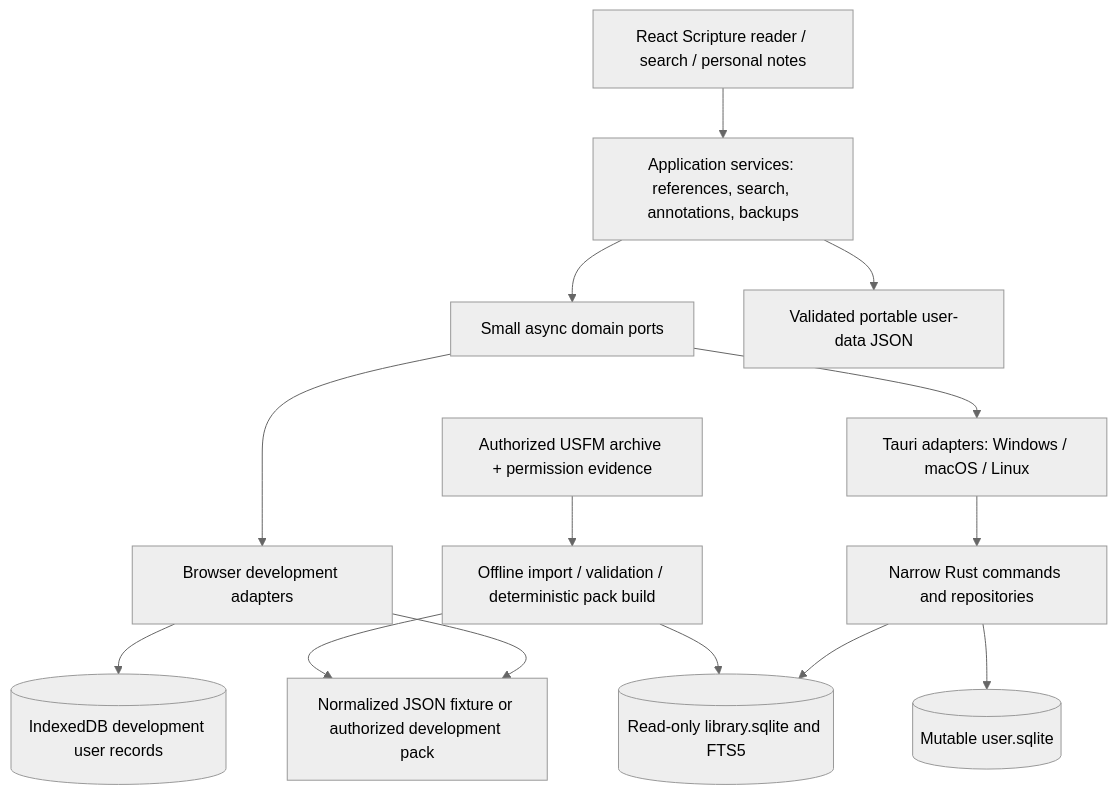
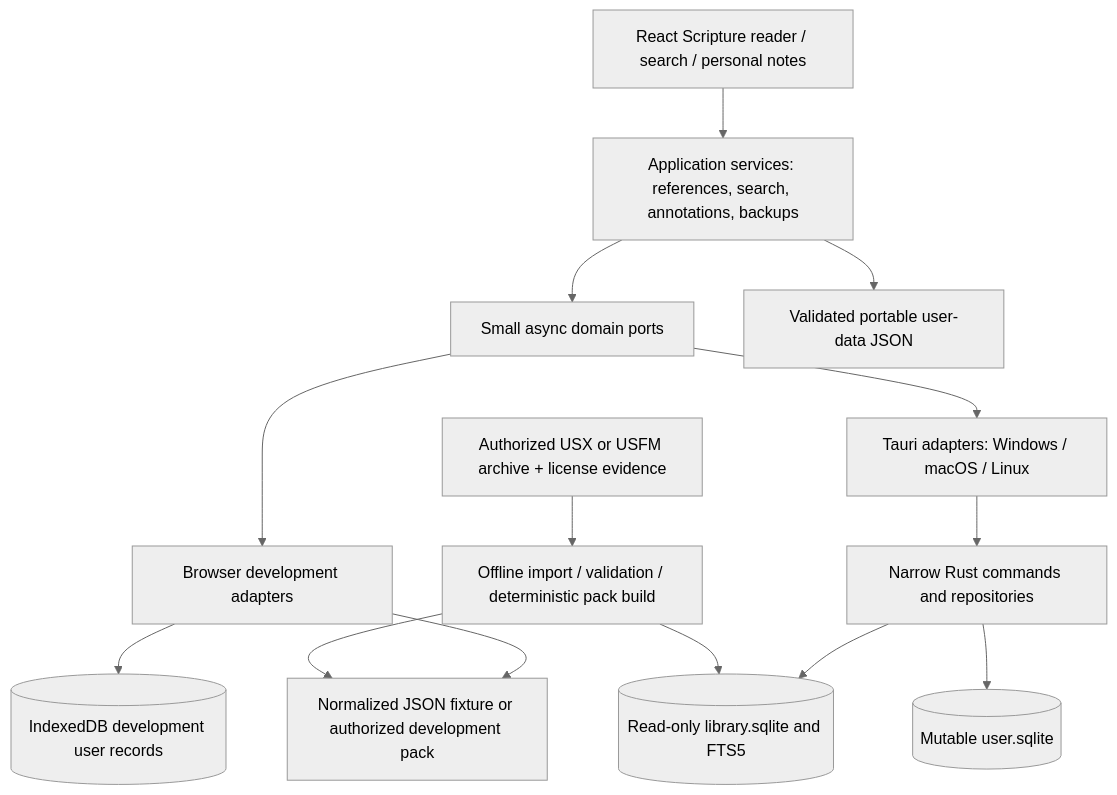
One commit to zdevzone/afaan_oromo_bible changed the first of 2 diagrams in docs/ARCHITECTURE.md. Above: the diagram before and after it, drawn with Mermaid (neutral theme). The commit also changed 9 other files, not shown here.

Commit message:
Preserve USX source assessment and local development handoff

````diff
--- a/docs/ARCHITECTURE.md
+++ b/docs/ARCHITECTURE.md
@@ -11,26 +11,26 @@
 ```mermaid
 flowchart TB
   UI[React Scripture reader / search / personal notes]
   Services[Application services: references, search, annotations, backups]
   Ports[Small async domain ports]
   Browser[Browser development adapters]
   Native[Tauri adapters: Windows / macOS / Linux]
   Commands[Narrow Rust commands and repositories]
   Content[(Read-only library.sqlite and FTS5)]
   User[(Mutable user.sqlite)]
   Fixture[Normalized JSON fixture or authorized development pack]
   IDB[(IndexedDB development user records)]
   Backup[Validated portable user-data JSON]
-  Source[Authorized USFM archive + permission evidence]
+  Source[Authorized USX or USFM archive + license evidence]
   Pipeline[Offline import / validation / deterministic pack build]
   UI --> Services --> Ports
   Ports --> Browser
   Ports --> Native --> Commands
   Browser --> Fixture
   Browser --> IDB
   Commands --> Content
   Commands --> User
   Services --> Backup
   Source --> Pipeline --> Content
   Pipeline --> Fixture
 ```
````
